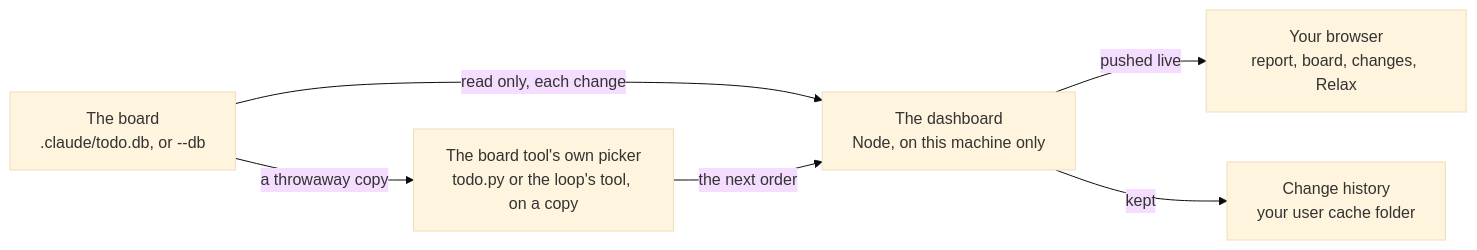
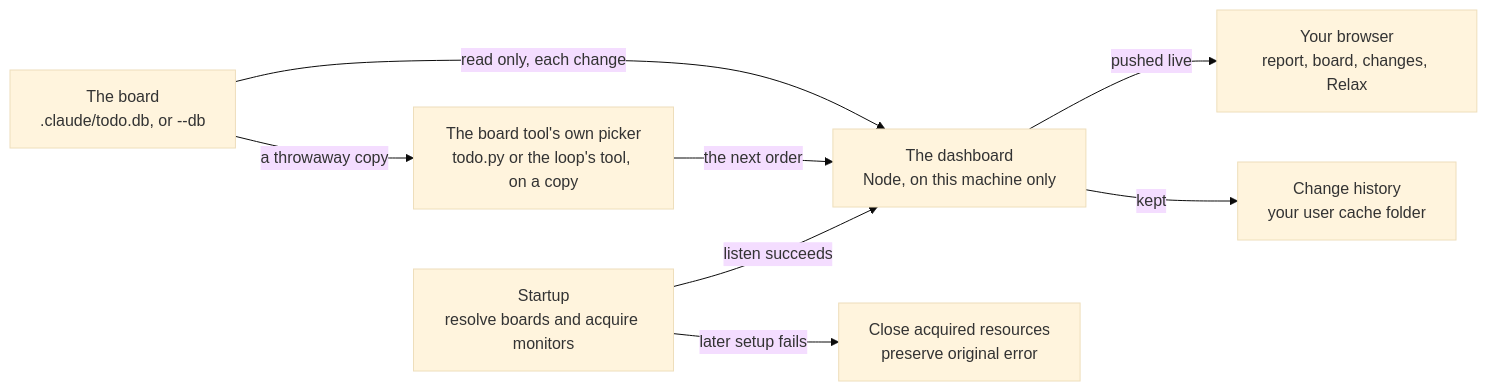
The seventh of 7 diagrams in README.md (sijav/Sijav-Skills), drawn with Mermaid (base theme) before and after one commit. The commit also changed other lines of this file and 10 other files, not shown here.

````diff
--- a/README.md
+++ b/README.md
@@ -449,8 +456,10 @@
 ```mermaid
 flowchart LR
   B["The board<br/>.claude/todo.db, or --db"] -->|read only, each change| D["The dashboard<br/>Node, on this machine only"]
   D -->|pushed live| W["Your browser<br/>report, board, changes, Relax"]
   B -->|a throwaway copy| P["The board tool's own picker<br/>todo.py or the loop's tool, on a copy"]
   P -->|the next order| D
   D -->|kept| H["Change history<br/>your user cache folder"]
+  S["Startup<br/>resolve boards and acquire monitors"] -->|listen succeeds| D
+  S -->|later setup fails| C["Close acquired resources<br/>preserve original error"]
 ```
````
